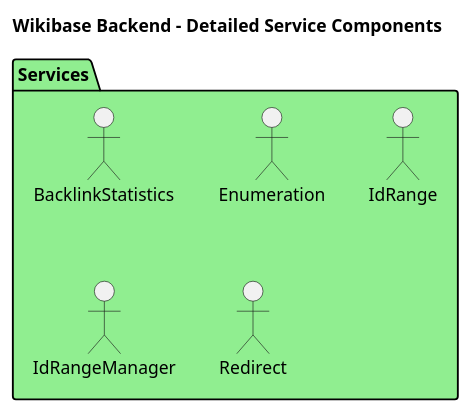
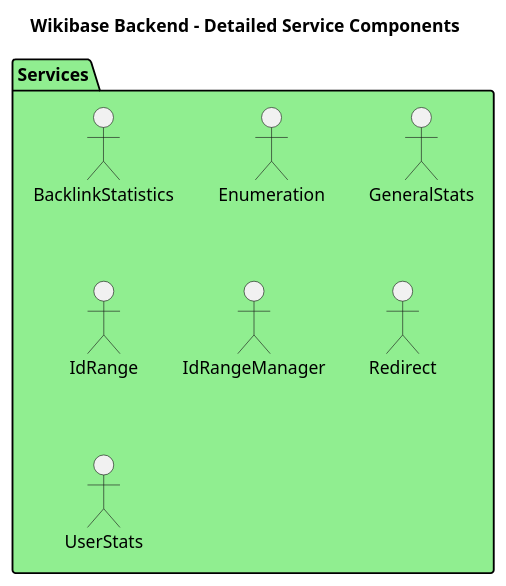
The diagram in doc/DIAGRAMS/detailed_service_components.puml (dpriskorn/entitybase-backend), drawn with PlantUML before and after one commit. The commit also changed 22 other files, not shown here.

```diff
--- a/doc/DIAGRAMS/detailed_service_components.puml
+++ b/doc/DIAGRAMS/detailed_service_components.puml
@@ -1,13 +1,15 @@
 @startuml Detailed Service Components
 
 title Wikibase Backend - Detailed Service Components
 
 package "Services" as Services #LightGreen {
     "BacklinkStatistics" as BacklinkStatisticsService
     "Enumeration" as EnumerationService
+    "GeneralStats" as GeneralStatsService
     "IdRange" as IdRange
     "IdRangeManager" as IdRangeManager
     "Redirect" as RedirectService
+    "UserStats" as UserStatsService
 }
 
 @enduml
```
